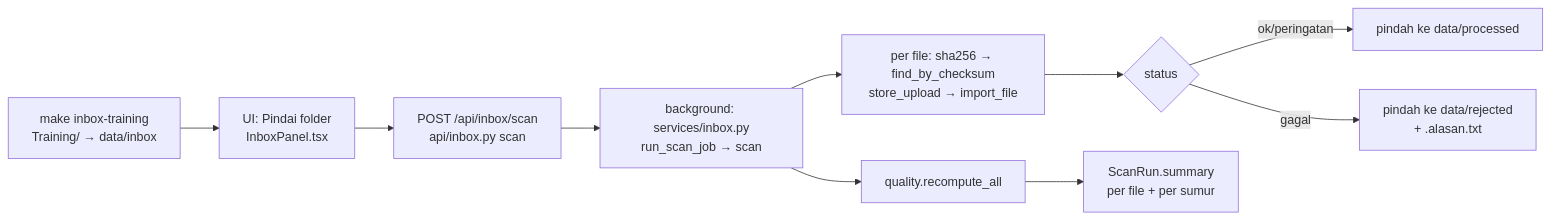
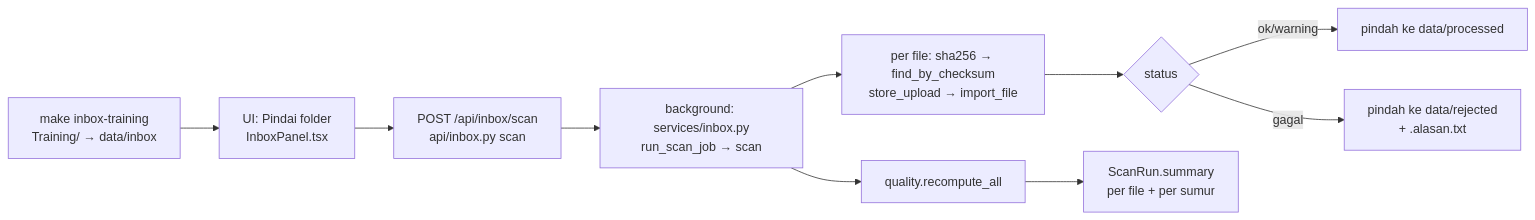
Before and after one commit to abdulfalaq5/ml-kalibrasi-torque-drag: the first of 5 diagrams in docs/ALUR_DAN_KODE.md, drawn with Mermaid. The commit also changed other lines of this file and 64 other files, not shown here.

````diff
--- a/docs/ALUR_DAN_KODE.md
+++ b/docs/ALUR_DAN_KODE.md
@@ -162,12 +164,12 @@
 ```mermaid
 flowchart LR
   A[make inbox-training<br/>Training/ → data/inbox] --> B[UI: Pindai folder<br/>InboxPanel.tsx]
   B --> C[POST /api/inbox/scan<br/>api/inbox.py scan]
   C --> D[background: services/inbox.py<br/>run_scan_job → scan]
   D --> E[per file: sha256 → find_by_checksum<br/>store_upload → import_file]
   E --> F{status}
-  F -->|ok/peringatan| G[pindah ke data/processed]
+  F -->|ok/warning| G[pindah ke data/processed]
   F -->|gagal| H[pindah ke data/rejected<br/>+ .alasan.txt]
   D --> I[quality.recompute_all]
   I --> J[ScanRun.summary<br/>per file + per sumur]
 ```
````
